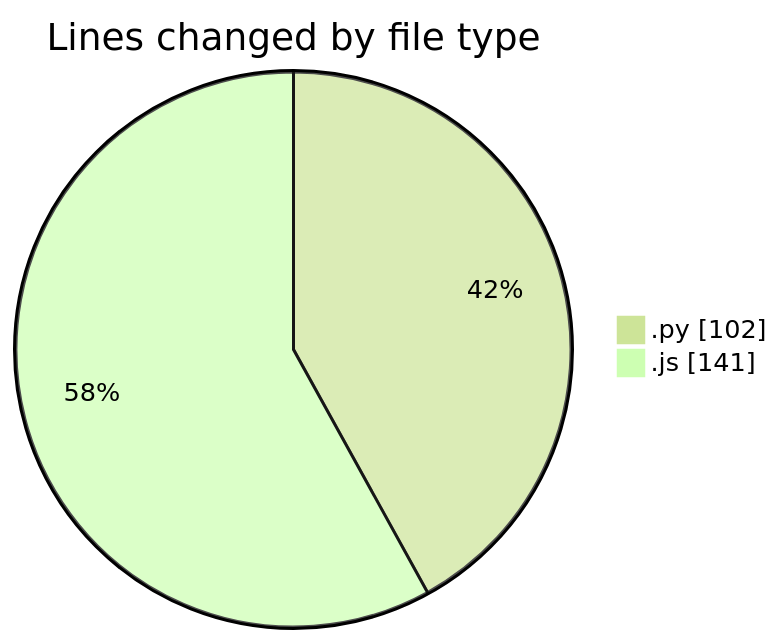
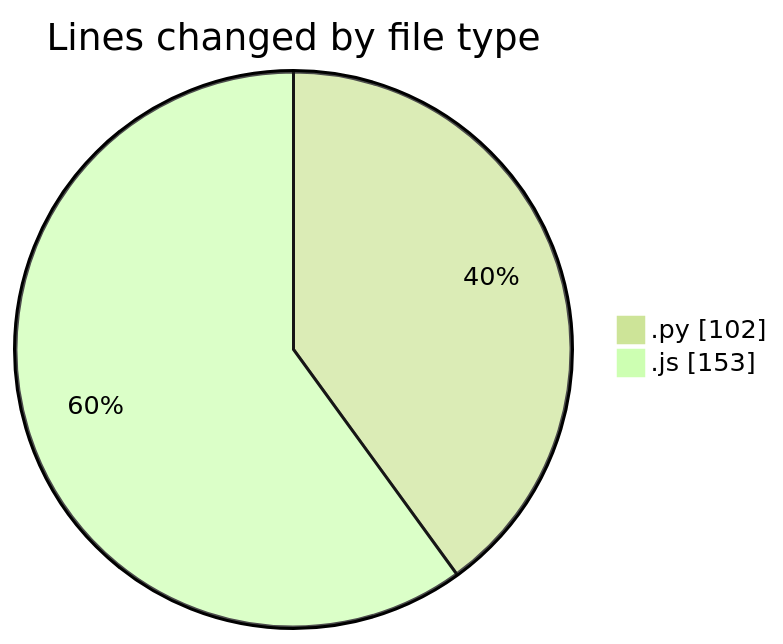
Before and after one commit to nxtqubesakshisongat/code-tracking: the first of 2 diagrams in 2025-04-12/nxtqube_webapp/README.md, drawn with Mermaid (forest theme). The commit also changed other lines of this file and 1 other file, not shown here.

````diff
--- a/2025-04-12/nxtqube_webapp/README.md
+++ b/2025-04-12/nxtqube_webapp/README.md
@@ -21,6 +21,6 @@
 ```mermaid
 pie showData
 title Lines changed by file type
 ".py" : 102
-".js" : 141
+".js" : 153
 ```
````
